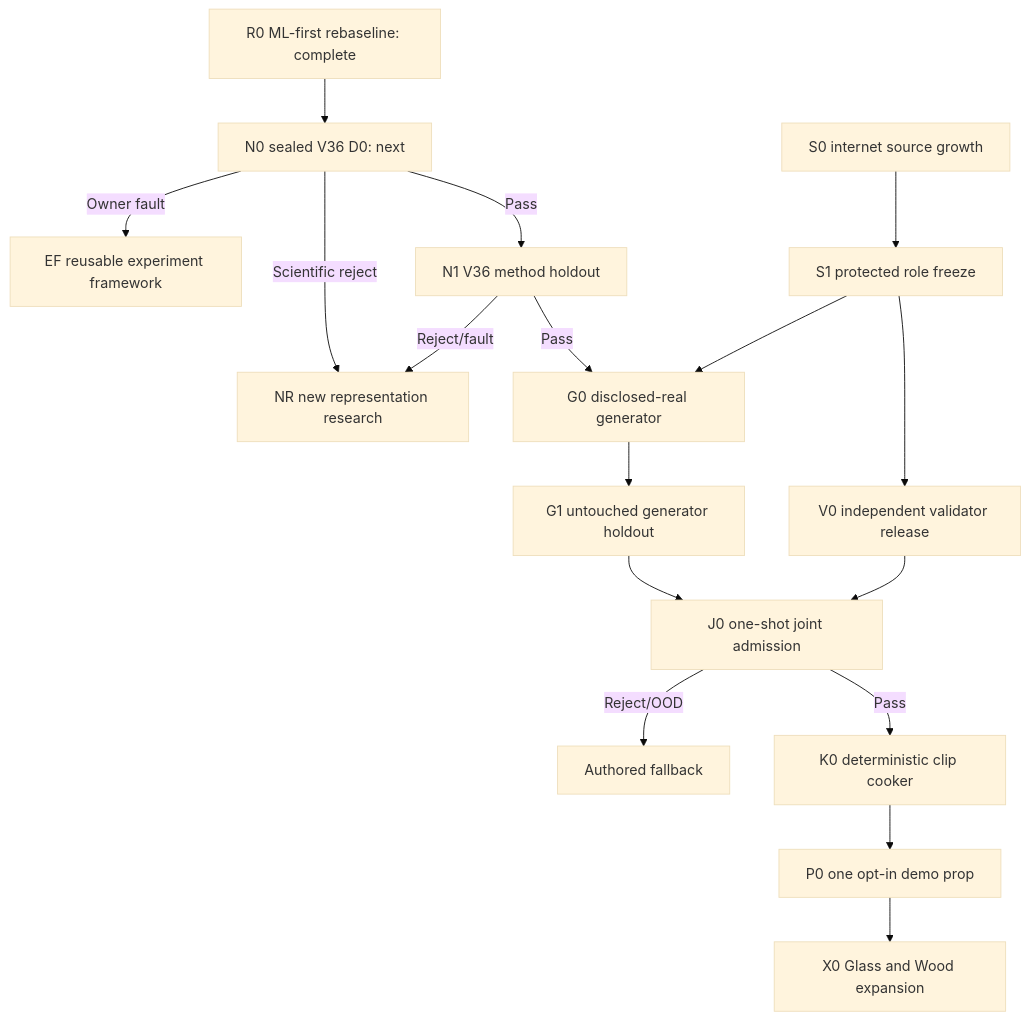
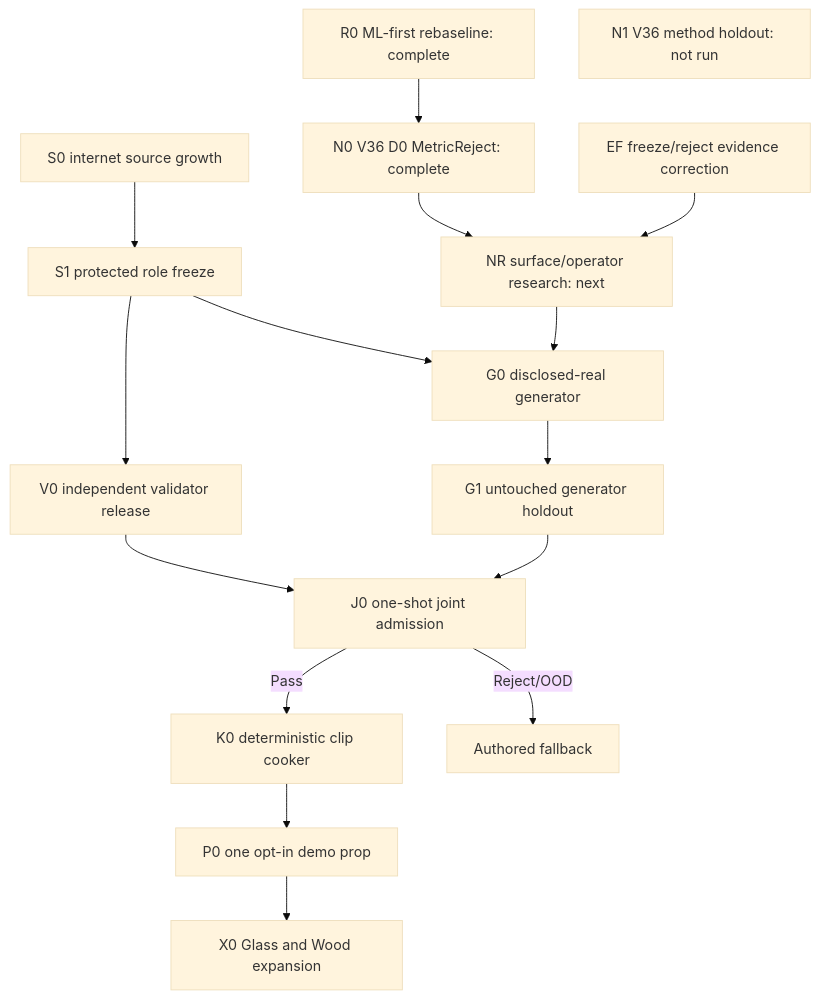
Before and after one commit to kaifaty/NextEngine: the diagram in docs/plans/physical-sound-synthesis-roadmap-v37.md, drawn with Mermaid (base theme). The commit also changed other lines of this file and 4 other files, not shown here.

Commit message:
docs(sound): close V36 on fresh metric reject

````diff
--- a/docs/plans/physical-sound-synthesis-roadmap-v37.md
+++ b/docs/plans/physical-sound-synthesis-roadmap-v37.md
@@ -98,20 +99,19 @@
 ```mermaid
 flowchart TD
-    R0["R0 ML-first rebaseline: complete"] --> N0["N0 sealed V36 D0: next"]
-    N0 -->|"Pass"| N1["N1 V36 method holdout"]
-    N0 -->|"Scientific reject"| NR["NR new representation research"]
-    N0 -->|"Owner fault"| EF["EF reusable experiment framework"]
-    N1 -->|"Pass"| G0["G0 disclosed-real generator"]
-    N1 -->|"Reject/fault"| NR
+    R0["R0 ML-first rebaseline: complete"] --> N0["N0 V36 D0 MetricReject: complete"]
+    N0 --> NR["NR surface/operator research: next"]
+    N1["N1 V36 method holdout: not run"]
+    EF["EF freeze/reject evidence correction"] --> NR
 
     S0["S0 internet source growth"] --> S1["S1 protected role freeze"]
     S1 --> V0["V0 independent validator release"]
     S1 --> G0
+    NR --> G0["G0 disclosed-real generator"]
     G0 --> G1["G1 untouched generator holdout"]
     V0 --> J0["J0 one-shot joint admission"]
     G1 --> J0
     J0 -->|"Pass"| K0["K0 deterministic clip cooker"]
     J0 -->|"Reject/OOD"| FB["Authored fallback"]
     K0 --> P0["P0 one opt-in demo prop"]
     P0 --> X0["X0 Glass and Wood expansion"]
 ```
````
